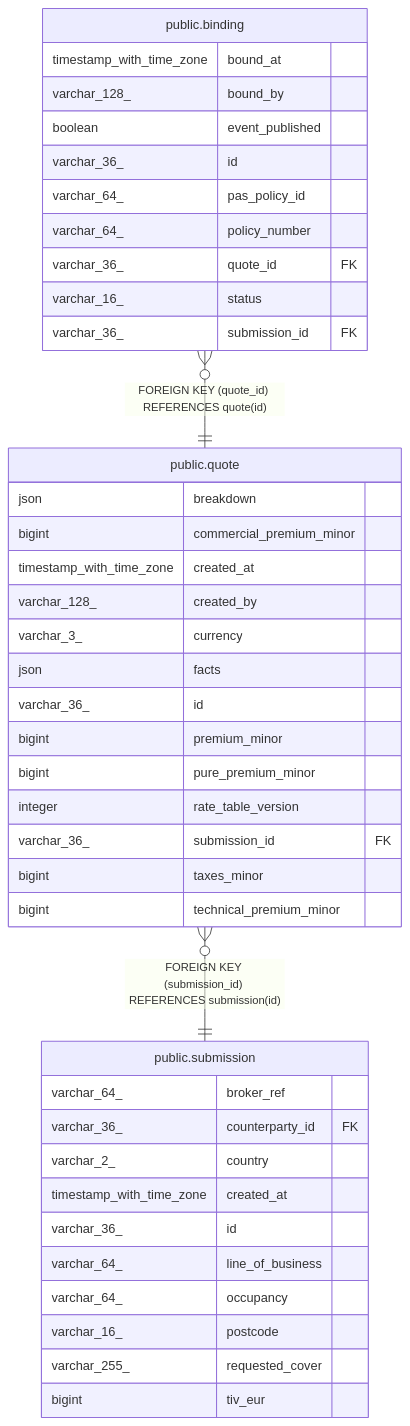
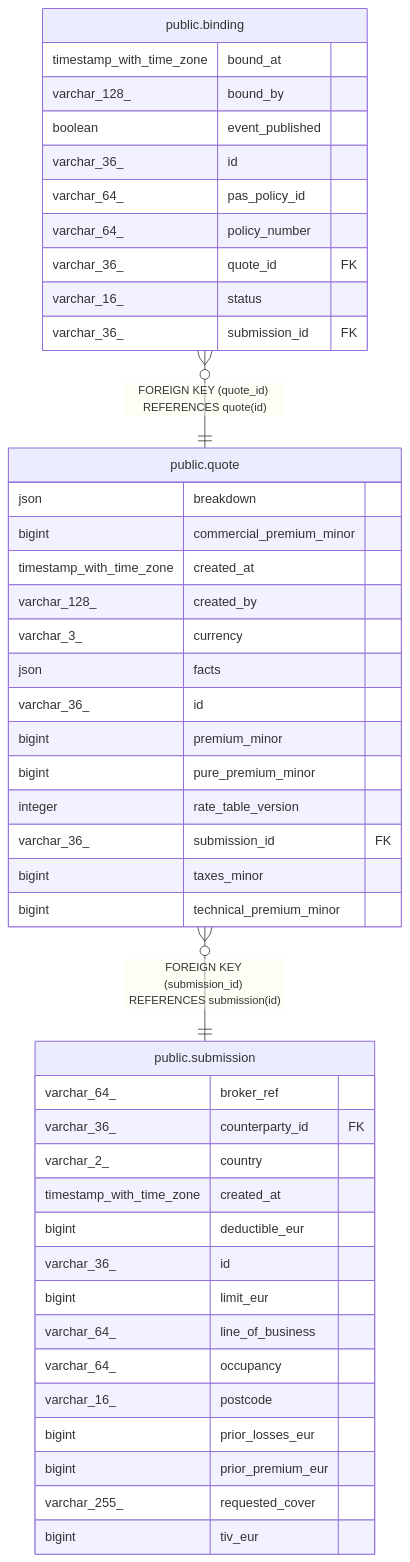
The diagram in docs/data-model/public.quote.md (andrelair-platform/ktayl-underwriting), drawn with Mermaid before and after one commit. The commit also changed 24 other files, not shown here.

````diff
--- a/docs/data-model/public.quote.md
+++ b/docs/data-model/public.quote.md
@@ -37,45 +37,49 @@
 ```mermaid
 erDiagram
 
 "public.binding" }o--|| "public.quote" : "FOREIGN KEY (quote_id) REFERENCES quote(id)"
 "public.quote" }o--|| "public.submission" : "FOREIGN KEY (submission_id) REFERENCES submission(id)"
 
 "public.quote" {
   json breakdown
   bigint commercial_premium_minor
   timestamp_with_time_zone created_at
   varchar_128_ created_by
   varchar_3_ currency
   json facts
   varchar_36_ id
   bigint premium_minor
   bigint pure_premium_minor
   integer rate_table_version
   varchar_36_ submission_id FK
   bigint taxes_minor
   bigint technical_premium_minor
 }
 "public.binding" {
   timestamp_with_time_zone bound_at
   varchar_128_ bound_by
   boolean event_published
   varchar_36_ id
   varchar_64_ pas_policy_id
   varchar_64_ policy_number
   varchar_36_ quote_id FK
   varchar_16_ status
   varchar_36_ submission_id FK
 }
 "public.submission" {
   varchar_64_ broker_ref
   varchar_36_ counterparty_id FK
   varchar_2_ country
   timestamp_with_time_zone created_at
+  bigint deductible_eur
   varchar_36_ id
+  bigint limit_eur
   varchar_64_ line_of_business
   varchar_64_ occupancy
   varchar_16_ postcode
+  bigint prior_losses_eur
+  bigint prior_premium_eur
   varchar_255_ requested_cover
   bigint tiv_eur
 }
 ```
````
